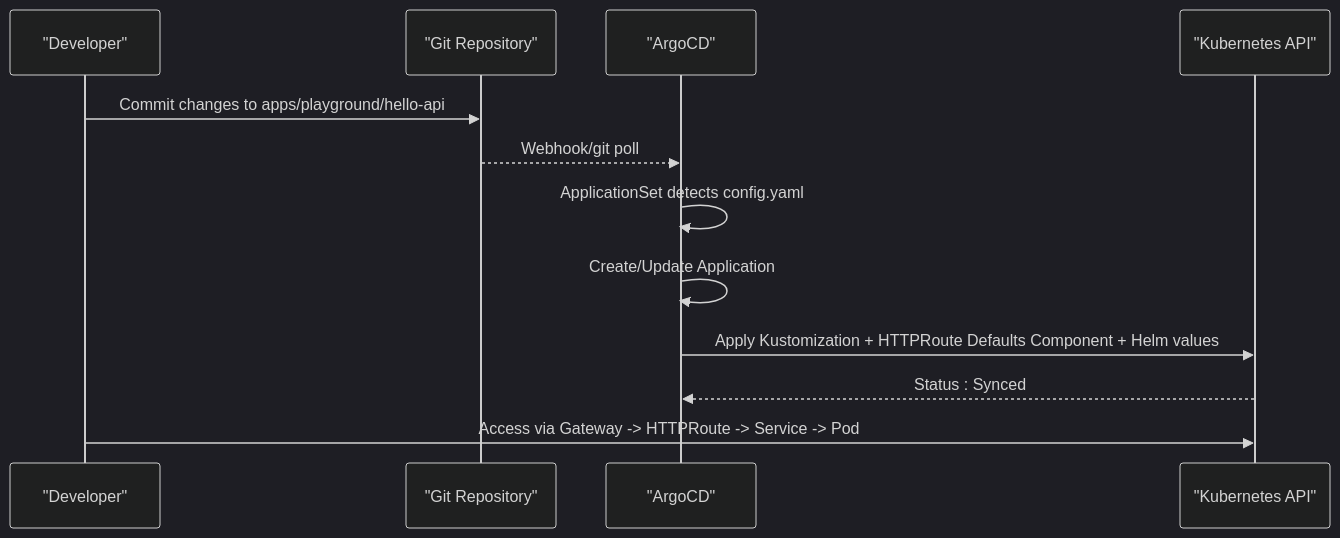
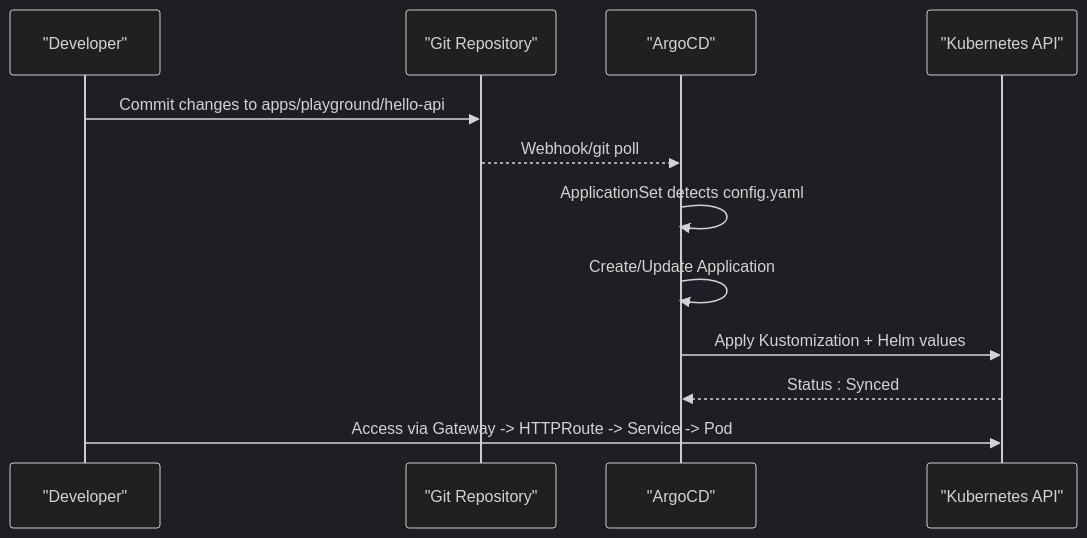
The second of 4 diagrams in .qoder/repowiki/en/content/Playground Applications/Demo Applications.md (Hoangvu75/k8s_manifest), drawn with Mermaid (dark theme) before and after one commit. The commit also changed other lines of this file and 15 other files, not shown here.

````diff
--- a/.qoder/repowiki/en/content/Playground Applications/Demo Applications.md
+++ b/.qoder/repowiki/en/content/Playground Applications/Demo Applications.md
@@ -113,14 +110,14 @@
 ```mermaid
 sequenceDiagram
 participant Dev as "Developer"
 participant Repo as "Git Repository"
 participant ArgoCD as "ArgoCD"
 participant K8s as "Kubernetes API"
 Dev->>Repo : Commit changes to apps/playground/hello-api
 Repo-->>ArgoCD : Webhook/git poll
 ArgoCD->>ArgoCD : ApplicationSet detects config.yaml
 ArgoCD->>ArgoCD : Create/Update Application
-ArgoCD->>K8s : Apply Kustomization + HTTPRoute Defaults Component + Helm values
+ArgoCD->>K8s : Apply Kustomization + Helm values
 K8s-->>ArgoCD : Status : Synced
 Dev->>K8s : Access via Gateway -> HTTPRoute -> Service -> Pod
 ```
````
